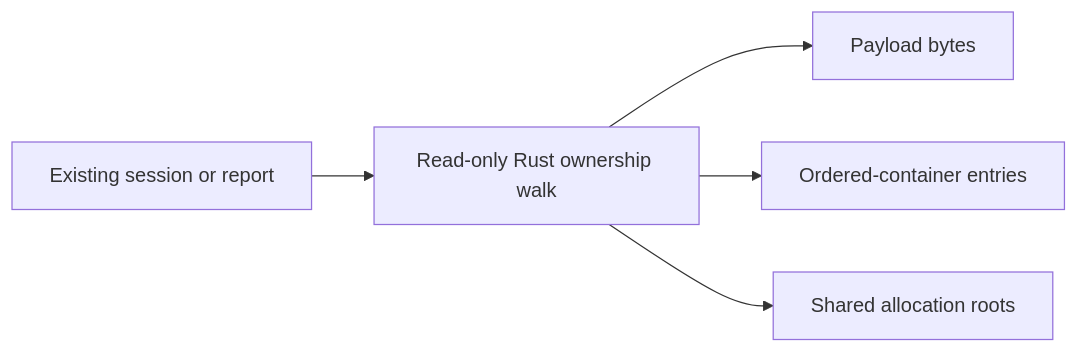
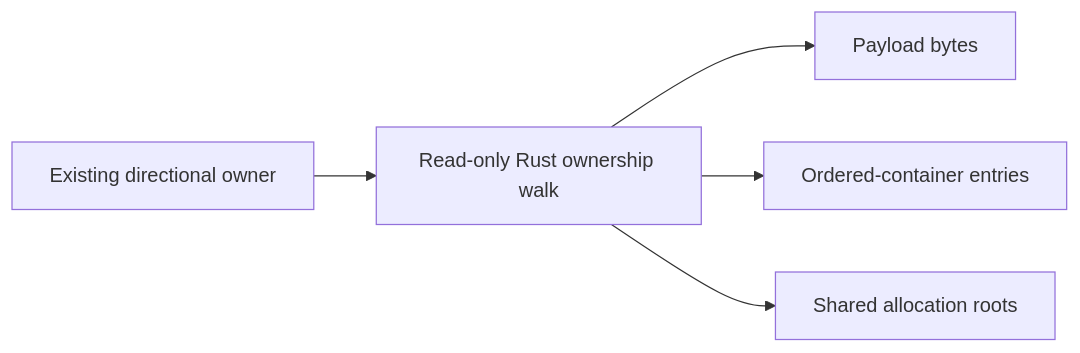
Before and after one commit to mgarcia01752/merlin: the diagram in docs/user/api/retained-resources.md, drawn with Mermaid. The commit also changed other lines of this file and 78 other files, not shown here.

Commit message:
Feature: Expose downstream retained root metadata - Count private caches and requested capacities - Preserve APIs and historical archive statistics - Validate native ownership and direct Rust parity - Tests: 103 Rust, 34 native; Clippy and tracing

````diff
--- a/docs/user/api/retained-resources.md
+++ b/docs/user/api/retained-resources.md
@@ -13,7 +14,7 @@
 ```mermaid
 flowchart LR
-    Root[Existing session or report] --> Owner[Read-only Rust ownership walk]
+    Root[Existing directional owner] --> Owner[Read-only Rust ownership walk]
     Owner --> Bytes[Payload bytes]
     Owner --> Entries[Ordered-container entries]
     Owner --> Roots[Shared allocation roots]
 ```
````
